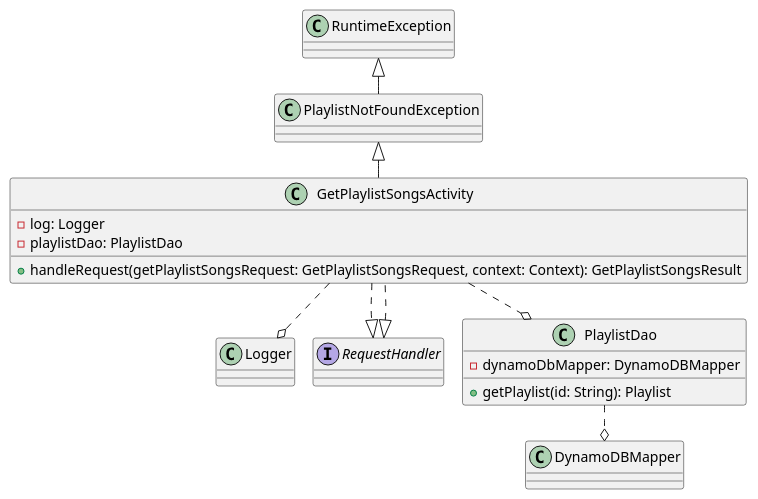
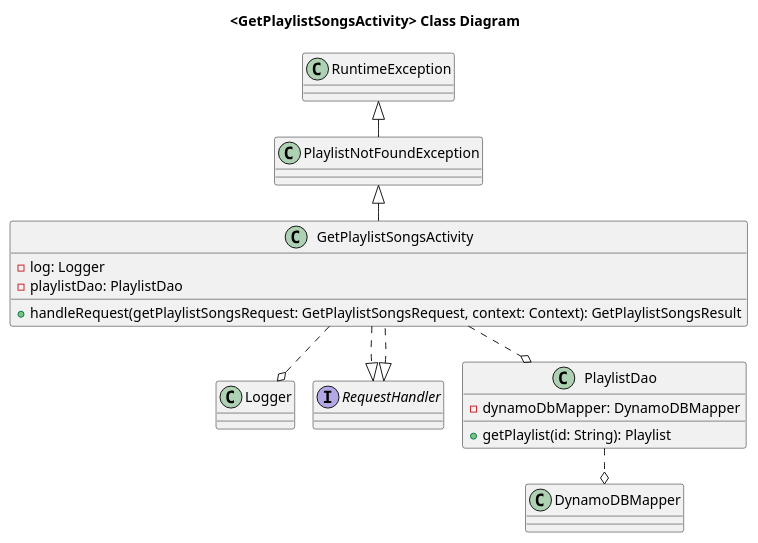
One commit to cybersister/bd-working-with-databases-music-playlist-service changed the fourth of 7 diagrams in src/resources/mastery-task1-music-playlist-CD.puml. Above: the diagram before and after it, drawn with PlantUML. The commit also changed other lines of this file and 5 other files, not shown here.

Commit message:
finished reading through the DESIGN_DOCUMENT ... started up again on the class diagrams, still need to finish the last two: <AlbumTrack> and <Playlist> ... getting ready for a learning assistant appointment right now to see why my test class for mt1 is not running

```diff
--- a/src/resources/mastery-task1-music-playlist-CD.puml
+++ b/src/resources/mastery-task1-music-playlist-CD.puml
@@ -118,29 +124,31 @@
 @startuml
 !pragma layout smetana
+
+title <GetPlaylistSongsActivity> Class Diagram
 
 GetPlaylistSongsActivity ..o Logger
 
 class GetPlaylistSongsActivity implements RequestHandler {
     - log: Logger
     - playlistDao: PlaylistDao
 
     + handleRequest(getPlaylistSongsRequest: GetPlaylistSongsRequest, context: Context): GetPlaylistSongsResult
 }
 
 GetPlaylistSongsActivity ..o PlaylistDao
 GetPlaylistSongsActivity ..|> RequestHandler
 
 class PlaylistNotFoundException extends RuntimeException {
 }
 
 PlaylistNotFoundException <|-- GetPlaylistSongsActivity
 
 class PlaylistDao {
     - dynamoDbMapper: DynamoDBMapper
 
     + getPlaylist(id: String): Playlist
 }
 
 PlaylistDao ..o DynamoDBMapper
 
 @enduml
```
